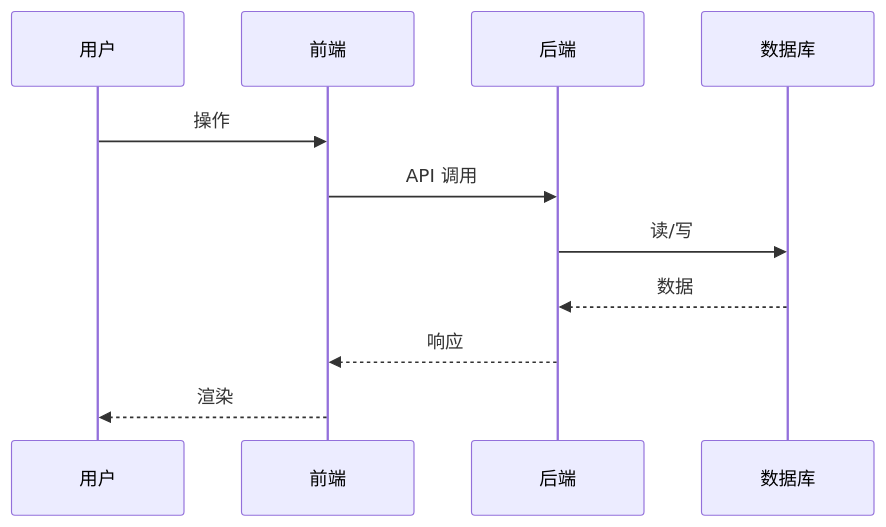
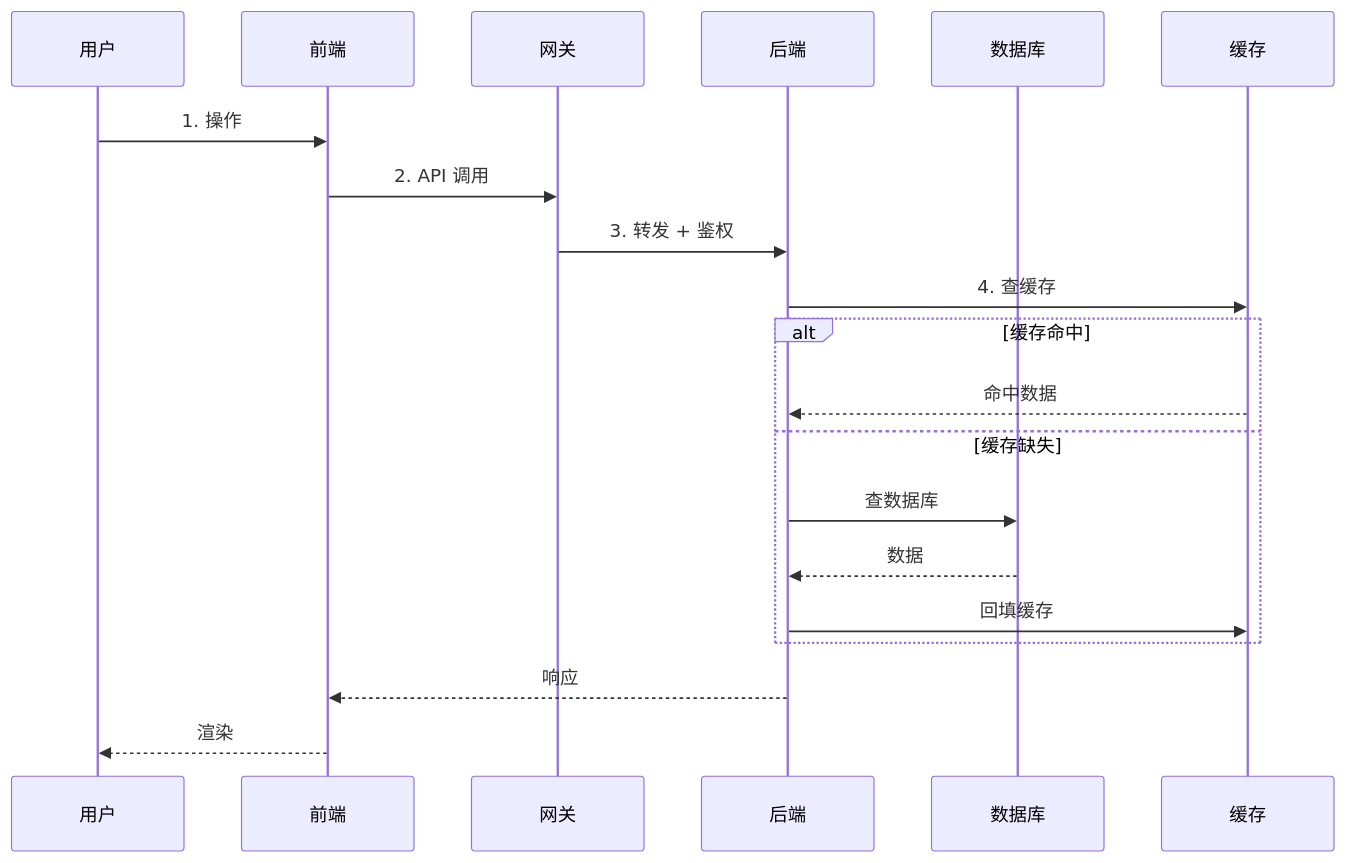
One commit to quanyu-ai/skills-repos changed the first of 2 diagrams in solution-design/templates/solution-structure/architecture/data-flow.md. Above: the diagram before and after it, drawn with Mermaid. The commit also changed other lines of this file and 17 other files, not shown here.

````diff
--- a/solution-design/templates/solution-structure/architecture/data-flow.md
+++ b/solution-design/templates/solution-structure/architecture/data-flow.md
@@ -5,14 +8,23 @@
 ```mermaid
 sequenceDiagram
     participant U as 用户
     participant F as 前端
+    participant G as 网关
     participant B as 后端
     participant D as 数据库
+    participant C as 缓存
 
-    U->>F: 操作
-    F->>B: API 调用
-    B->>D: 读/写
-    D-->>B: 数据
+    U->>F: 1. 操作
+    F->>G: 2. API 调用
+    G->>B: 3. 转发 + 鉴权
+    B->>C: 4. 查缓存
+    alt 缓存命中
+        C-->>B: 命中数据
+    else 缓存缺失
+        B->>D: 查数据库
+        D-->>B: 数据
+        B->>C: 回填缓存
+    end
     B-->>F: 响应
     F-->>U: 渲染
 ```
````
